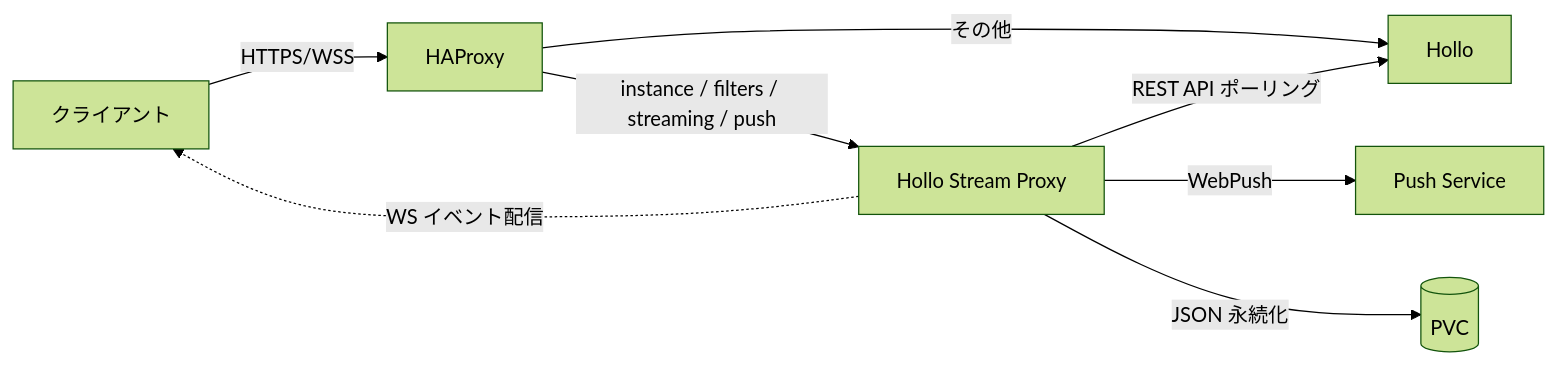
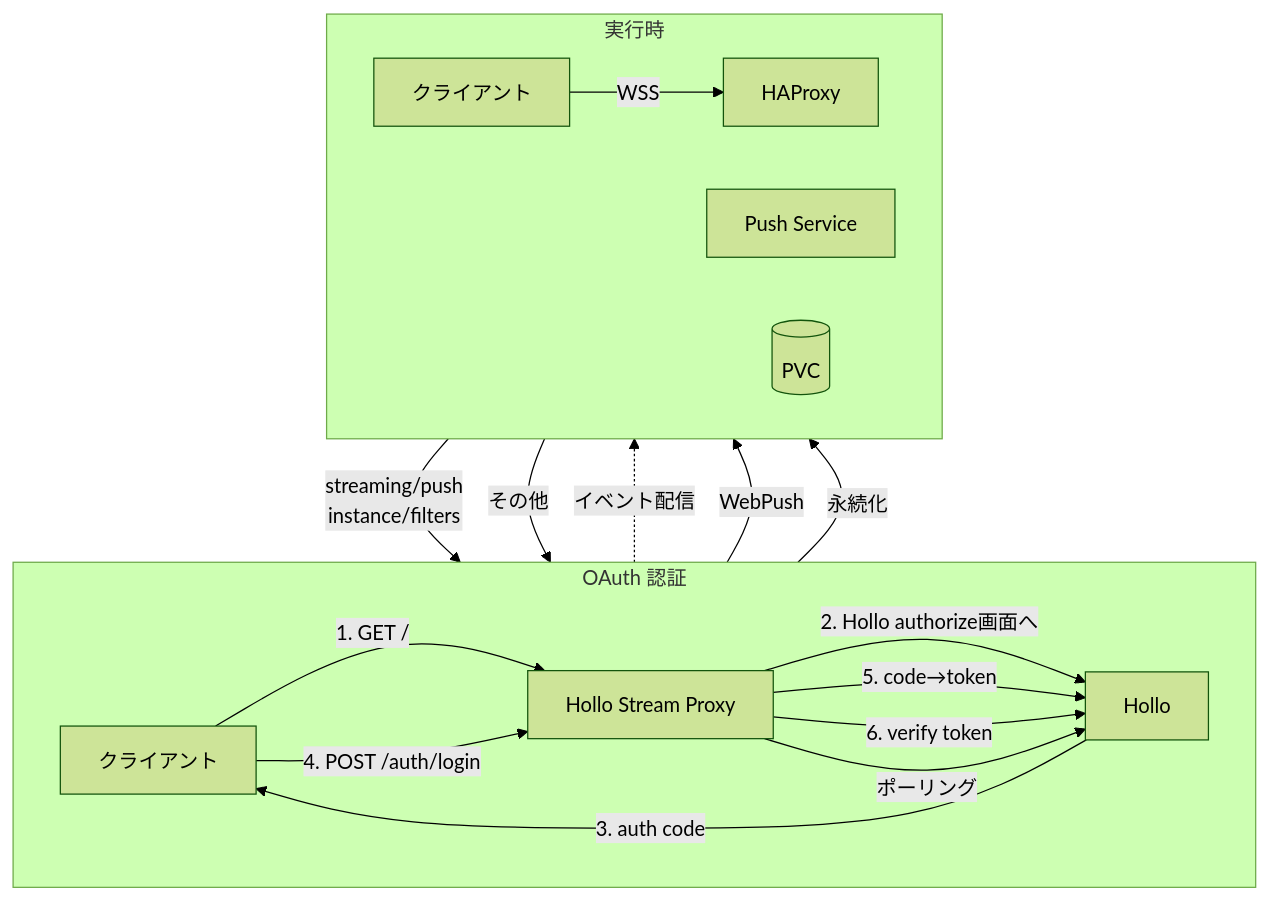
One commit to ntsklab/hollo-stream-proxy changed the diagram in README.md. Above: the diagram before and after it, drawn with Mermaid (forest theme).

Commit message:
Update architecture diagram to include OAuth auth flow

````diff
--- a/README.md
+++ b/README.md
@@ -119,10 +119,23 @@
 ```mermaid
-flowchart LR
-    Client[クライアント] -->|HTTPS/WSS| HAProxy[HAProxy]
-    HAProxy -->|instance / filters / streaming / push| Proxy[Hollo Stream Proxy]
-    HAProxy -->|その他| Hollo[Hollo]
-    Proxy -->|REST API ポーリング| Hollo
-    Proxy -.->|WS イベント配信| Client
-    Proxy -->|WebPush| Push[Push Service]
-    Proxy -->|JSON 永続化| PVC[(PVC)]
+flowchart TB
+    subgraph Auth[OAuth 認証]
+        direction LR
+        C1[クライアント] -->|"1. GET /"| P
+        P -->|"2. Hollo authorize画面へ"| H
+        H -->|"3. auth code"| C1
+        C1 -->|"4. POST /auth/login"| P
+        P -->|"5. code→token"| H
+        P -->|"6. verify token"| H
+    end
+
+    subgraph Runtime[実行時]
+        direction LR
+        C2[クライアント] -->|"WSS"| HA[HAProxy]
+        HA -->|"streaming/push<br/>instance/filters"| P[Hollo Stream Proxy]
+        HA -->|"その他"| H[Hollo]
+        P -.->|"イベント配信"| C2
+        P -->|"WebPush"| PS[Push Service]
+        P -->|"ポーリング"| H
+        P -->|"永続化"| PVC[(PVC)]
+    end
 ```
````
